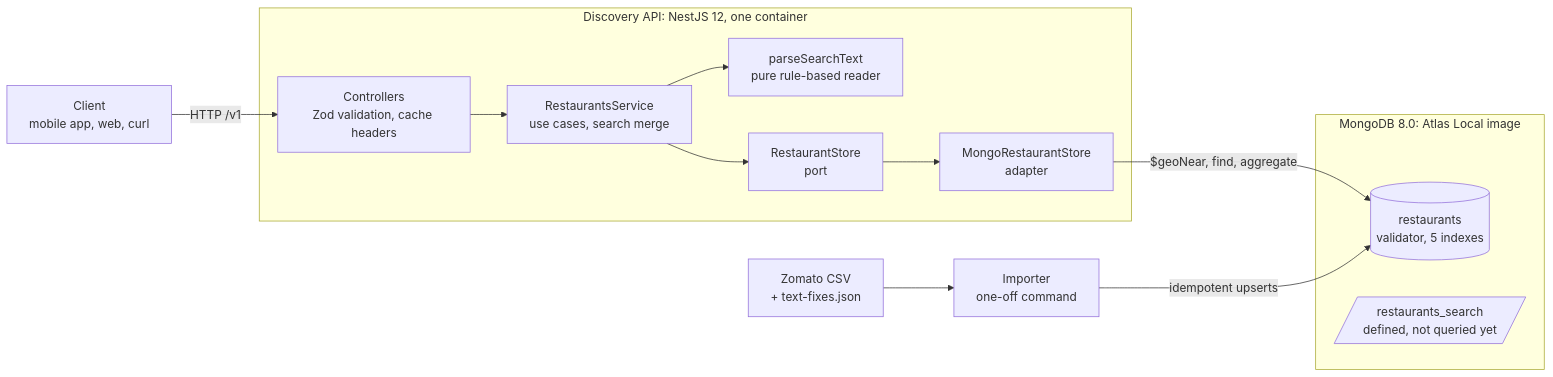
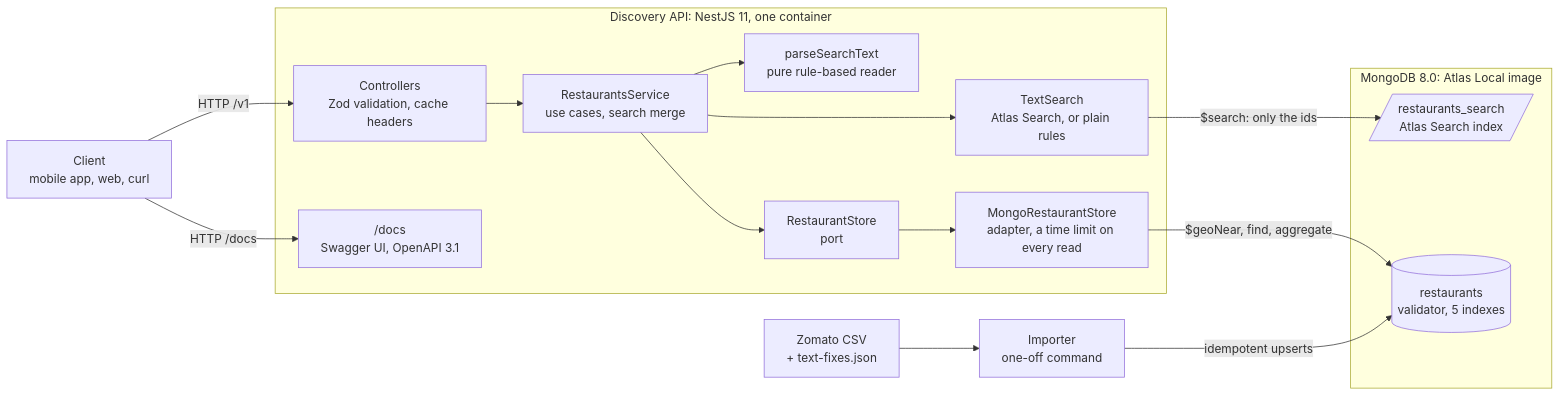
The diagram in README.md (rahul-phull3/biteexpress-discovery), drawn with Mermaid before and after one commit. The commit also changed other lines of this file and 51 other files, not shown here.

````diff
--- a/README.md
+++ b/README.md
@@ -232,25 +290,30 @@
 ```mermaid
 flowchart LR
   client["Client<br/>mobile app, web, curl"]
   csv["Zomato CSV<br/>+ text-fixes.json"]
   imp["Importer<br/>one-off command"]
-  subgraph api["Discovery API: NestJS 12, one container"]
+  subgraph api["Discovery API: NestJS 11, one container"]
     ctl["Controllers<br/>Zod validation, cache headers"]
+    docs["/docs<br/>Swagger UI, OpenAPI 3.1"]
     svc["RestaurantsService<br/>use cases, search merge"]
     parse["parseSearchText<br/>pure rule-based reader"]
+    txt["TextSearch<br/>Atlas Search, or plain rules"]
     port["RestaurantStore<br/>port"]
-    adapter["MongoRestaurantStore<br/>adapter"]
+    adapter["MongoRestaurantStore<br/>adapter, a time limit on every read"]
   end
   subgraph db["MongoDB 8.0: Atlas Local image"]
     coll[("restaurants<br/>validator, 5 indexes")]
-    srch[/"restaurants_search<br/>defined, not queried yet"/]
+    srch[/"restaurants_search<br/>Atlas Search index"/]
   end
   client -->|"HTTP /v1"| ctl
+  client -->|"HTTP /docs"| docs
   ctl --> svc
   svc --> parse
+  svc --> txt
   svc --> port
+  txt -->|"$search: only the ids"| srch
   port --> adapter
   adapter -->|"$geoNear, find, aggregate"| coll
   csv --> imp
   imp -->|"idempotent upserts"| coll
 ```
````
